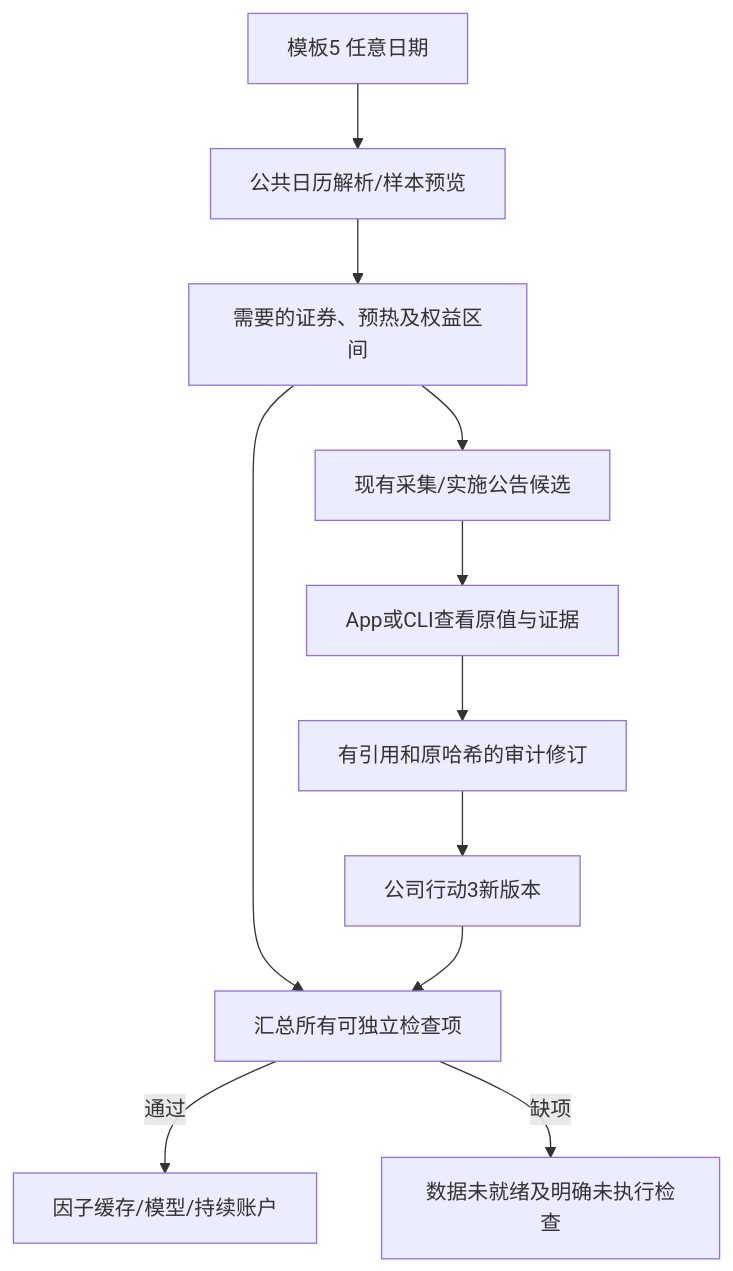
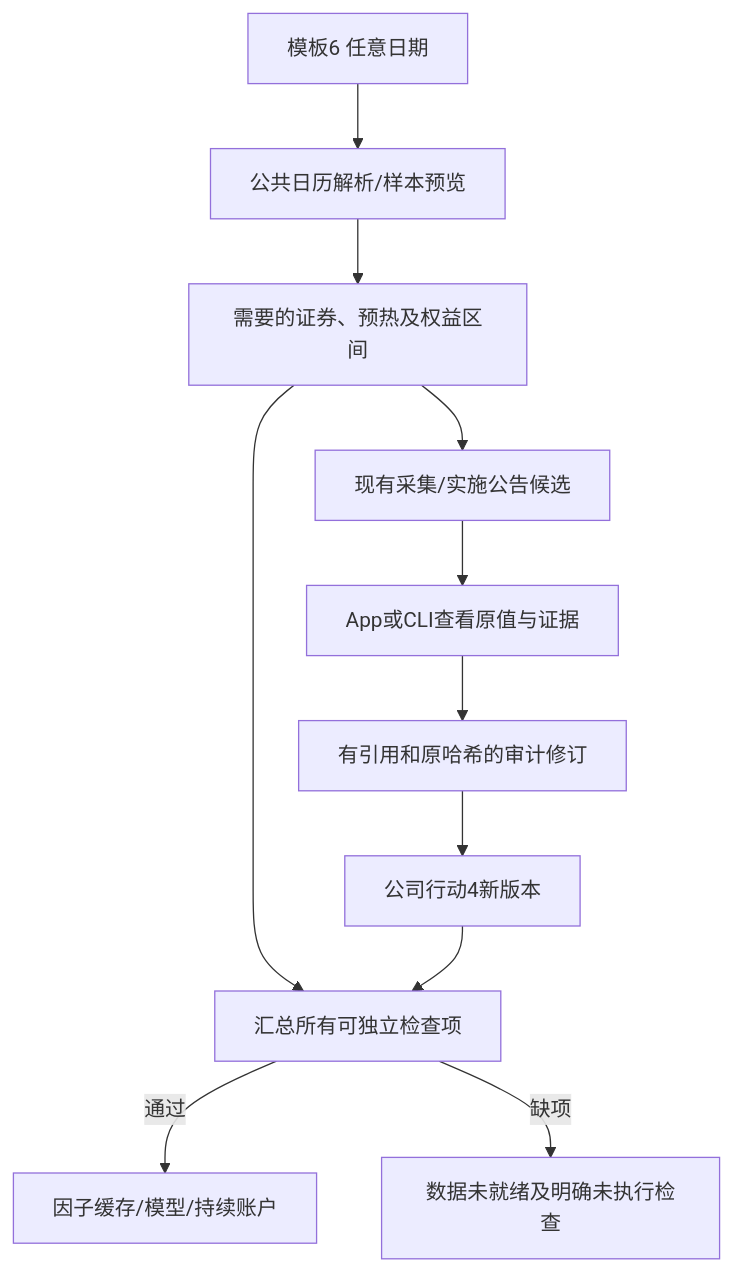
The third of 5 diagrams in crates/workflow/README.md (Dennishaha/JFQuant), drawn with Mermaid before and after one commit. The commit also changed other lines of this file and 71 other files, not shown here.

````diff
--- a/crates/workflow/README.md
+++ b/crates/workflow/README.md
@@ -189,13 +154,13 @@
 ```mermaid
 flowchart TD
-  T[模板5 任意日期] --> D[公共日历解析/样本预览]
+  T[模板6 任意日期] --> D[公共日历解析/样本预览]
   D --> Q[需要的证券、预热及权益区间]
   Q --> C[现有采集/实施公告候选]
   C --> I[App或CLI查看原值与证据]
   I --> R[有引用和原哈希的审计修订]
-  R --> V[公司行动3新版本]
+  R --> V[公司行动4新版本]
   Q --> G[汇总所有可独立检查项]
   V --> G
   G -->|通过| M[因子缓存/模型/持续账户]
   G -->|缺项| E[数据未就绪及明确未执行检查]
 ```
````
